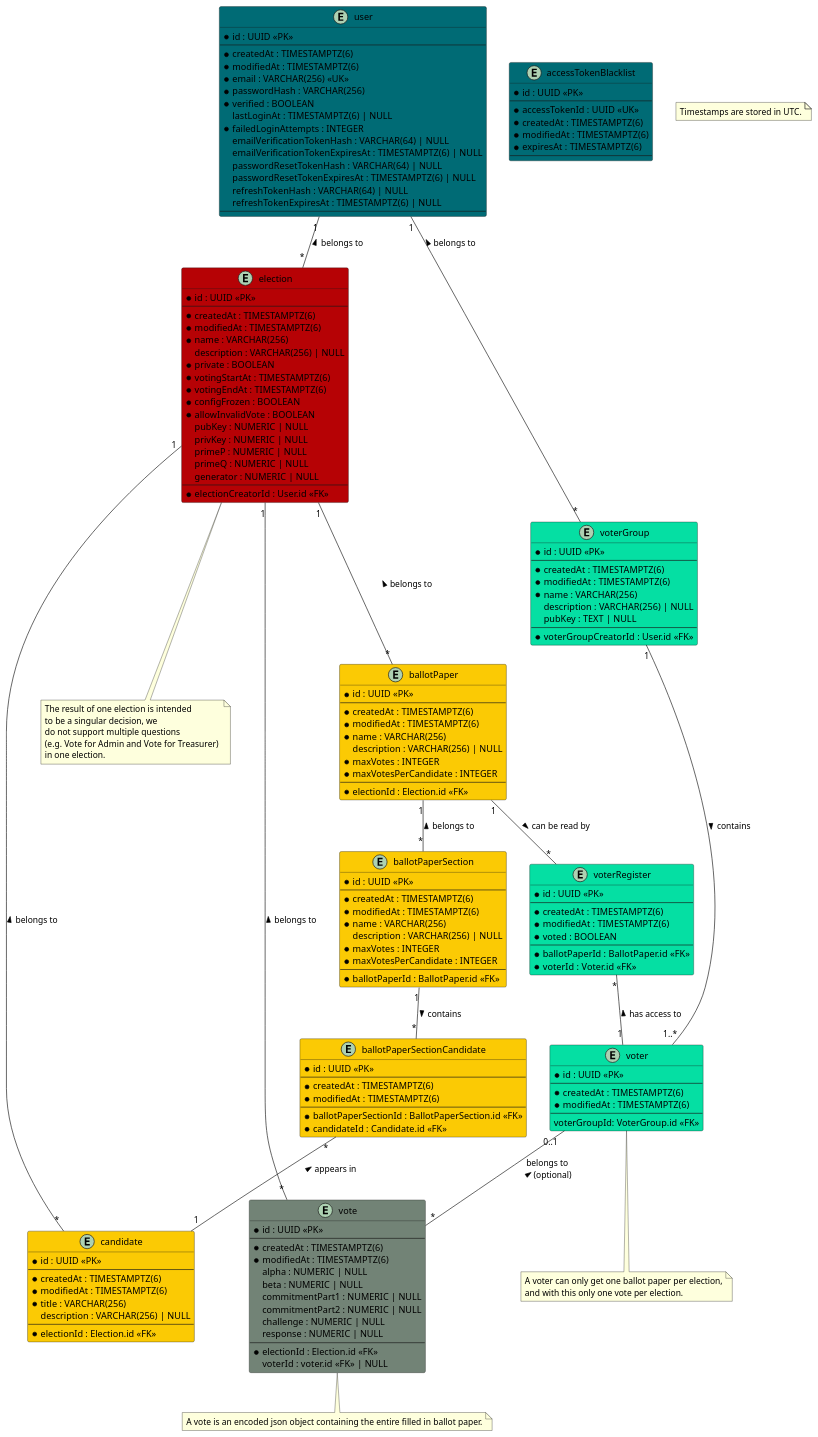
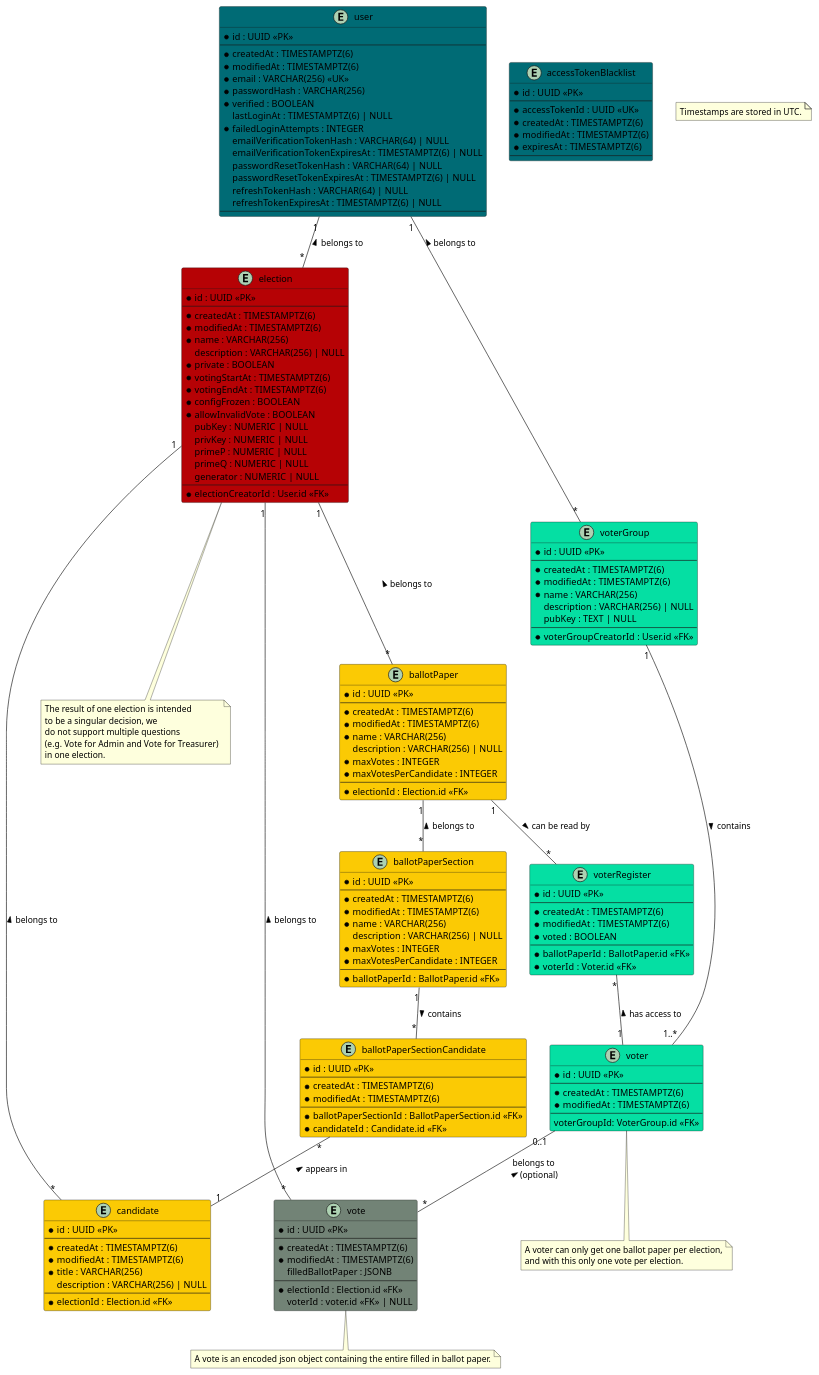
One commit to SE-UUlm/votura changed the diagram in apps/docs/static/uml/dataModel.puml. Above: the diagram before and after it, drawn with PlantUML.

Commit message:
#267: update UML model

```diff
--- a/apps/docs/static/uml/dataModel.puml
+++ b/apps/docs/static/uml/dataModel.puml
@@ -1,193 +1,188 @@
 @startuml dataModel
 
 entity "user" as user #006b75 {
     * id : UUID <<PK>>
     --
     * createdAt : TIMESTAMPTZ(6)
     * modifiedAt : TIMESTAMPTZ(6)
     * email : VARCHAR(256) <<UK>>
     * passwordHash : VARCHAR(256)
     * verified : BOOLEAN
     lastLoginAt : TIMESTAMPTZ(6) | NULL
     ' failed login attempts get reset on successful login
     * failedLoginAttempts : INTEGER
     emailVerificationTokenHash : VARCHAR(64) | NULL
     emailVerificationTokenExpiresAt : TIMESTAMPTZ(6) | NULL
     passwordResetTokenHash : VARCHAR(64) | NULL
     passwordResetTokenExpiresAt : TIMESTAMPTZ(6) | NULL
     refreshTokenHash : VARCHAR(64) | NULL
     refreshTokenExpiresAt : TIMESTAMPTZ(6) | NULL
     --
 }
 
 entity "accessTokenBlacklist" as jwtBlacklist #006b75 {
     ' this table is used to store blacklisted access tokens
     ' The jti is 36 characters long if we use UUIDv4
     * id : UUID <<PK>>
     --
     * accessTokenId : UUID <<UK>>
     * createdAt : TIMESTAMPTZ(6)
     * modifiedAt : TIMESTAMPTZ(6)
     * expiresAt : TIMESTAMPTZ(6)
     --
 }
 
 entity "election" as elections #b60205 {
     * id : UUID <<PK>>
     --
     * createdAt : TIMESTAMPTZ(6)
     * modifiedAt : TIMESTAMPTZ(6)
     * name : VARCHAR(256)
     description : VARCHAR(256) | NULL
     * private : BOOLEAN
     * votingStartAt : TIMESTAMPTZ(6)
     * votingEndAt : TIMESTAMPTZ(6)
     * configFrozen : BOOLEAN
     * allowInvalidVote : BOOLEAN
     ' Is there a use case for `votesCounted`?
     ' * votesCounted : BOOLEAN
     ' * votesCounted : BOOLEAN
     ' Computed values such as validVotes and invalidVotes are critical - do we really want to store them?
     ' validVotes : NUMERIC | NULL
     ' invalidVotes : NUMERIC | NULL
     pubKey : NUMERIC | NULL
     privKey : NUMERIC | NULL
     primeP : NUMERIC | NULL
     primeQ : NUMERIC | NULL
     generator : NUMERIC | NULL
     --
     * electionCreatorId : User.id <<FK>>
 }
 
 note as N2
 The result of one election is intended 
 to be a singular decision, we 
 do not support multiple questions 
 (e.g. Vote for Admin and Vote for Treasurer) 
 in one election.
 end note
 
 entity "ballotPaper" as ballotPapers #fbca04 {
     * id : UUID <<PK>>
     --
     * createdAt : TIMESTAMPTZ(6)
     * modifiedAt : TIMESTAMPTZ(6)
     * name : VARCHAR(256)
     description : VARCHAR(256) | NULL
     * maxVotes : INTEGER
     * maxVotesPerCandidate : INTEGER
     --
     * electionId : Election.id <<FK>>
 }
 
 entity "ballotPaperSection" as ballotPaperSections #fbca04 {
     * id : UUID <<PK>>
     --
     * createdAt : TIMESTAMPTZ(6)
     * modifiedAt : TIMESTAMPTZ(6)
     * name : VARCHAR(256)
     description : VARCHAR(256) | NULL
     * maxVotes : INTEGER
     * maxVotesPerCandidate : INTEGER
     --
     * ballotPaperId : BallotPaper.id <<FK>>
 }
 
 entity "ballotPaperSectionCandidate" as ballotPaperSectionCandidates #fbca04 {
     * id : UUID <<PK>>
     --
     * createdAt : TIMESTAMPTZ(6)
     * modifiedAt : TIMESTAMPTZ(6)
     --
     * ballotPaperSectionId : BallotPaperSection.id <<FK>>
     * candidateId : Candidate.id <<FK>>
 }
 
 entity "candidate" as candidates #fbca04 {
     * id : UUID <<PK>>
     --
     * createdAt : TIMESTAMPTZ(6)
     * modifiedAt : TIMESTAMPTZ(6)
     * title : VARCHAR(256)
     description : VARCHAR(256) | NULL
     --
     * electionId : Election.id <<FK>>
 }
 
 entity "vote" as votes #728376 {
     * id : UUID <<PK>>
     --
     * createdAt : TIMESTAMPTZ(6)
     * modifiedAt : TIMESTAMPTZ(6)
-    alpha : NUMERIC | NULL
-    beta : NUMERIC | NULL
-    commitmentPart1 : NUMERIC | NULL
-    commitmentPart2 : NUMERIC | NULL
-    challenge : NUMERIC | NULL
-    response : NUMERIC | NULL
+    filledBallotPaper : JSONB
     --
     * electionId : Election.id <<FK>>
     ' if the vote isn't secret, voter can be saved
     voterId : voter.id <<FK>> | NULL
 }
 note as N4
 A vote is an encoded json object containing the entire filled in ballot paper.
 end note
 
 entity "voterRegister" as voterRegisters #05DFA3 {
     * id : UUID <<PK>>
     --
     * createdAt : TIMESTAMPTZ(6)
     * modifiedAt : TIMESTAMPTZ(6)
     * voted : BOOLEAN
     --
     * ballotPaperId : BallotPaper.id <<FK>>
     * voterId : Voter.id <<FK>>
 }
 
 entity "voter" as voters #05DFA3 {
     * id : UUID <<PK>>
     --
     * createdAt : TIMESTAMPTZ(6)
     * modifiedAt : TIMESTAMPTZ(6)
     --
     voterGroupId: VoterGroup.id <<FK>>
 }
 note as N3
 A voter can only get one ballot paper per election,
 and with this only one vote per election.
 end note
 
 entity "voterGroup" as voterGroups #05DFA3 {
     * id : UUID <<PK>>
     --
     * createdAt : TIMESTAMPTZ(6)
     * modifiedAt : TIMESTAMPTZ(6)
     * name : VARCHAR(256)
     description : VARCHAR(256) | NULL
     pubKey : TEXT | NULL
     --
     * voterGroupCreatorId : User.id <<FK>>
 }
 
 note as N1
 Timestamps are stored in UTC.
 end note
 
 user "1"--"*" elections : belongs to <
 elections "1"--"*" ballotPapers : belongs to <
 elections -- N2
 elections "1"--"*" candidates : belongs to <
 ballotPapers "1"--"*" voterRegisters : can be read by >
 voterRegisters "*"--"1" voters : has access to <
 ballotPapers "1"--"*" ballotPaperSections : belongs to <
 ballotPaperSections "1"--"*" ballotPaperSectionCandidates : contains >
 ballotPaperSectionCandidates "*"--"1" candidates : appears in <
 votes "*"--"1" elections : belongs to >
 voters "0..1"--"*" votes : belongs to \n (optional) <
 user "1"--"*" voterGroups : belongs to <
 voterGroups "1"--"1..*" voters : contains >
 voters -- N3
 votes -- N4
 
 @enduml
```
